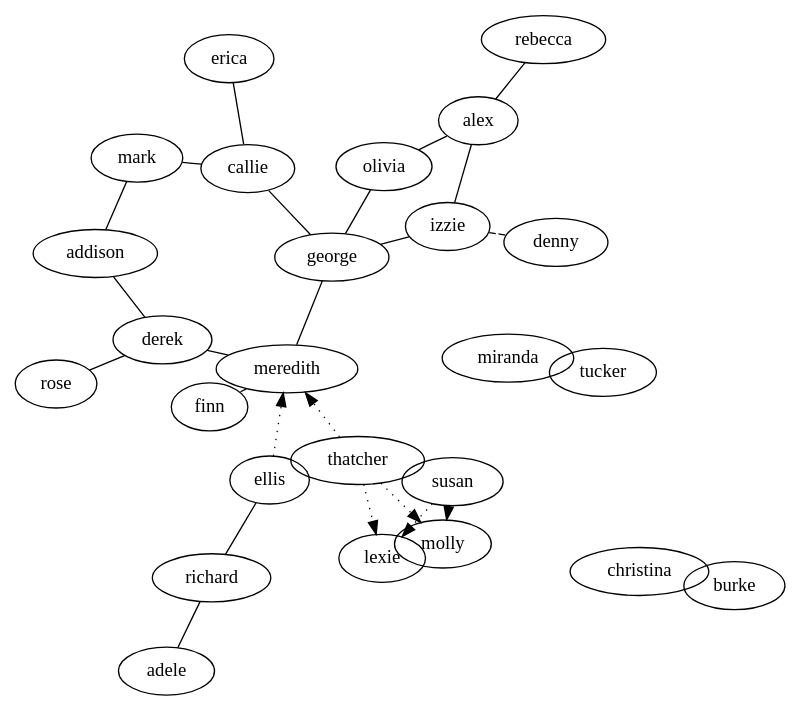
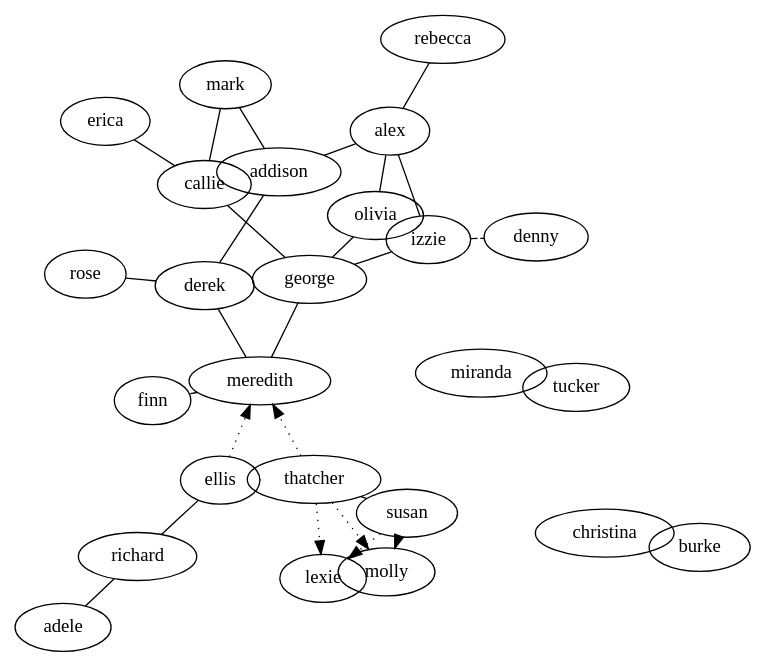
Before and after one commit to chrisman/graphviz: the diagram in greys.dot, drawn with Graphviz. The commit also changed 8 other files, not shown here.

```diff
--- a/greys.dot
+++ b/greys.dot
@@ -1,55 +1,56 @@
 /*
  *  Relationships on Grey's Anatomy
  */
 
 graph G {
   layout=neato
 
 
   subgraph season_0 {
     label="Season 0" // before the show started
     adele -- richard -- ellis -- thatcher -- susan
     derek -- addison -- mark 
-    miranda -- tucker [penwidth=2]
+    miranda -- tucker
 
     // children and parents
     ellis    -- meredith [ style=dotted dir=forward arrowhead=normal]
     thatcher -- meredith [ style=dotted dir=forward arrowhead=normal]
     susan    -- molly    [ style=dotted dir=forward arrowhead=normal]
     thatcher -- molly    [ style=dotted dir=forward arrowhead=normal]
     susan    -- lexie    [ style=dotted dir=forward arrowhead=normal]
     thatcher -- lexie    [ style=dotted dir=forward arrowhead=normal]
   }
 
 
   subgraph season_1 {
     label="Season 1"
     meredith -- derek
     christina -- burke
     george -- olivia -- alex
   }
   
   subgraph season_2 {
     label="Season 2"
-    george -- meredith
-    meredith -- finn [style=dashed]
+    george -- meredith // meredith cried and cried and broke george
+    meredith -- finn [style=dashed] // dated. never boinked.
     alex -- izzie
-    izzie -- denny [style=dashed]
+    izzie -- denny [style=dashed] // engaged. never boinked.
     george -- callie
     erica
   }
 
   subgraph season_3 {
     label="Season 3"
     mark -- callie
-    george -- izzie 
+    george -- izzie  // after george and callie got married!
+    alex -- addison
   }
 
   subgraph season_4 {
     label="Season 4"
     derek -- rose
     alex -- rebecca
     callie -- erica
   }
 
 }
```
